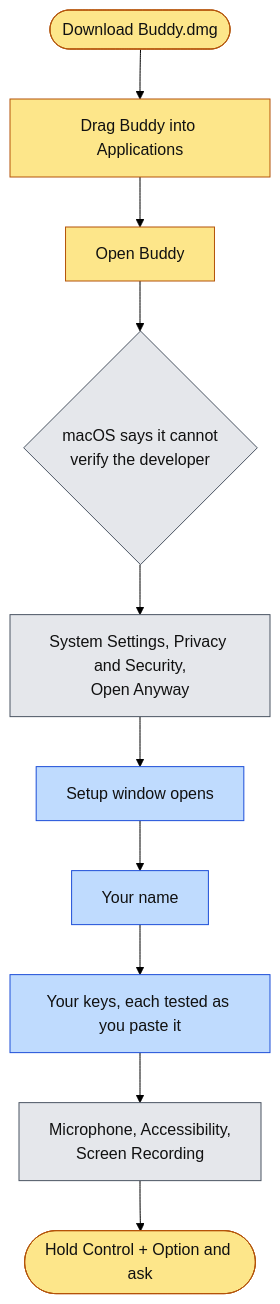
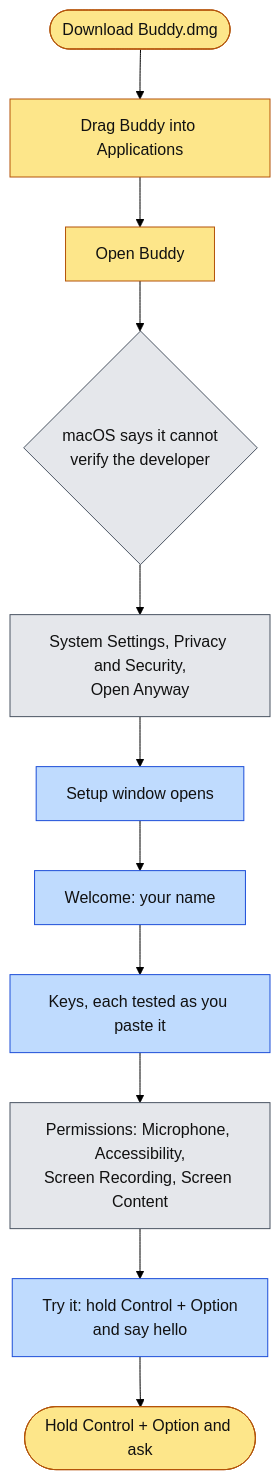
Before and after one commit to projects-hacks/buddy: the first of 2 diagrams in docs/install.md, drawn with Mermaid (forest theme). The commit also changed other lines of this file and 5 other files, not shown here.

Commit message:
Bring the technical docs up to 2.0: how each new feature stays out of the wait, the four setup steps and later permissions, the 2.0 model decisions, the release script's checks and every script folder.

````diff
--- a/docs/install.md
+++ b/docs/install.md
@@ -5,16 +5,17 @@
 ```mermaid
 flowchart TD
     download([Download Buddy.dmg]):::step --> drag[Drag Buddy into Applications]:::step
     drag --> open[Open Buddy]:::step
     open --> blocked{macOS says it cannot<br/>verify the developer}:::mac
     blocked --> anyway[System Settings, Privacy and Security,<br/>Open Anyway]:::mac
     anyway --> setup[Setup window opens]:::buddy
-    setup --> name[Your name]:::buddy
-    name --> keys[Your keys, each tested as you paste it]:::buddy
-    keys --> perms[Microphone, Accessibility,<br/>Screen Recording]:::mac
-    perms --> ready([Hold Control + Option and ask]):::step
+    setup --> name[Welcome: your name]:::buddy
+    name --> keys[Keys, each tested as you paste it]:::buddy
+    keys --> perms[Permissions: Microphone, Accessibility,<br/>Screen Recording, Screen Content]:::mac
+    perms --> tryit[Try it: hold Control + Option<br/>and say hello]:::buddy
+    tryit --> ready([Hold Control + Option and ask]):::step
 
     classDef step fill:#fde68a,stroke:#b45309,color:#111
     classDef mac fill:#e5e7eb,stroke:#4b5563,color:#111
     classDef buddy fill:#bfdbfe,stroke:#1d4ed8,color:#111
 ```
````
